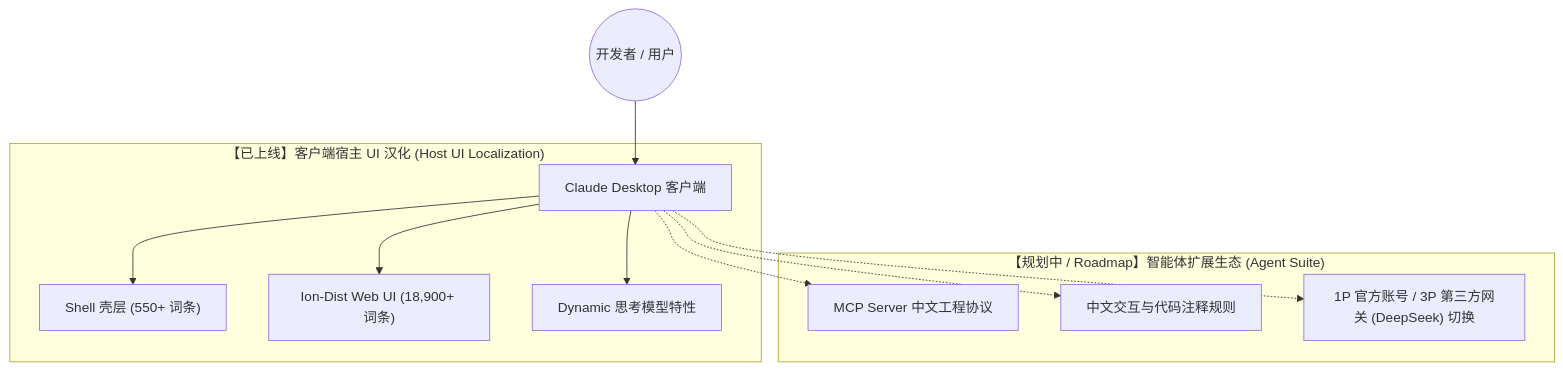
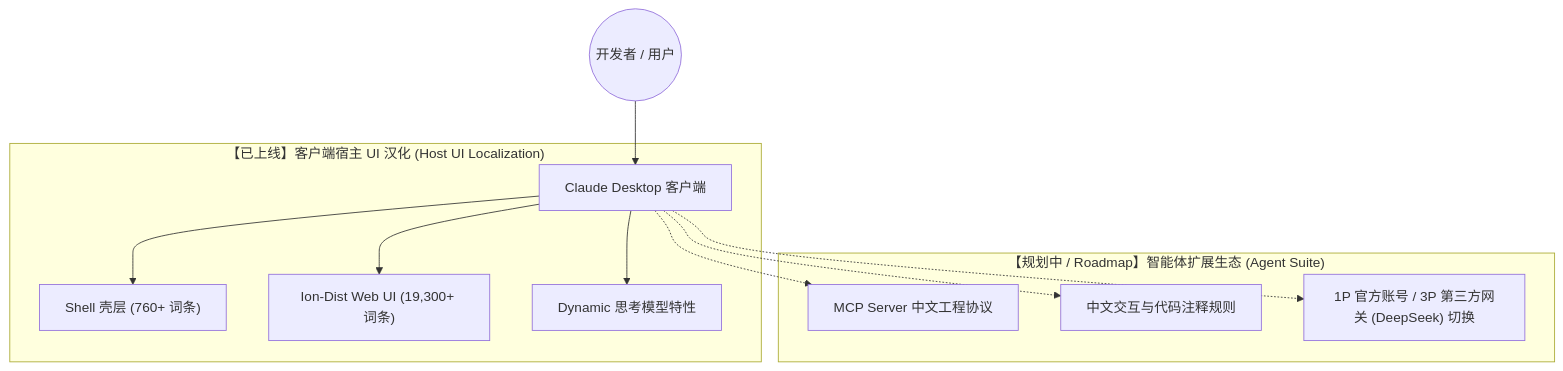
The first of 2 diagrams in README.md (yiheng8023/claude-chinese), drawn with Mermaid before and after one commit. The commit also changed other lines of this file and 1 other file, not shown here.

````diff
--- a/README.md
+++ b/README.md
@@ -43,16 +38,16 @@
 ```mermaid
 graph TD
     User((开发者 / 用户)) --> ClaudeApp[Claude Desktop 客户端]
     
     subgraph Mode1 ["【已上线】客户端宿主 UI 汉化 (Host UI Localization)"]
-        ClaudeApp --> ShellLayer["Shell 壳层 (550+ 词条)"]
-        ClaudeApp --> WebUILayer["Ion-Dist Web UI (18,900+ 词条)"]
+        ClaudeApp --> ShellLayer["Shell 壳层 (760+ 词条)"]
+        ClaudeApp --> WebUILayer["Ion-Dist Web UI (19,300+ 词条)"]
         ClaudeApp --> DynamicLayer["Dynamic 思考模型特性"]
     end
     
     subgraph Mode2 ["【规划中 / Roadmap】智能体扩展生态 (Agent Suite)"]
         ClaudeApp -.-> MCP["MCP Server 中文工程协议"]
         ClaudeApp -.-> Rules["中文交互与代码注释规则"]
         ClaudeApp -.-> Switcher["1P 官方账号 / 3P 第三方网关 (DeepSeek) 切换"]
     end
 ```
````
